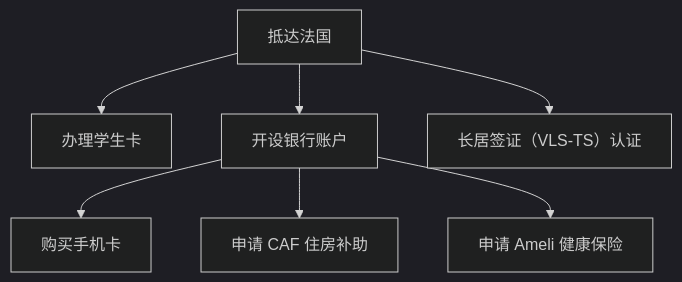
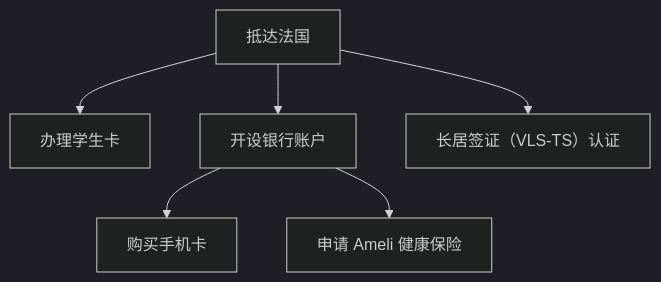
The diagram in docs/生存/必办事项.md (LapinRobin/INSA-Survival-Guide), drawn with Mermaid (dark theme) before and after one commit. The commit also changed 3 other files, not shown here.

````diff
--- a/docs/生存/必办事项.md
+++ b/docs/生存/必办事项.md
@@ -5,10 +5,9 @@
 ``` mermaid
 graph TB
   A["抵达法国"]
   A --> SC["办理学生卡"]
   A --> B["开设银行账户"]
   B --> C["购买手机卡"]
-  B --> D["申请 CAF 住房补助"]
   B --> E["申请 Ameli 健康保险"]
   A --> F["长居签证（VLS-TS）认证"]
 ```
````
